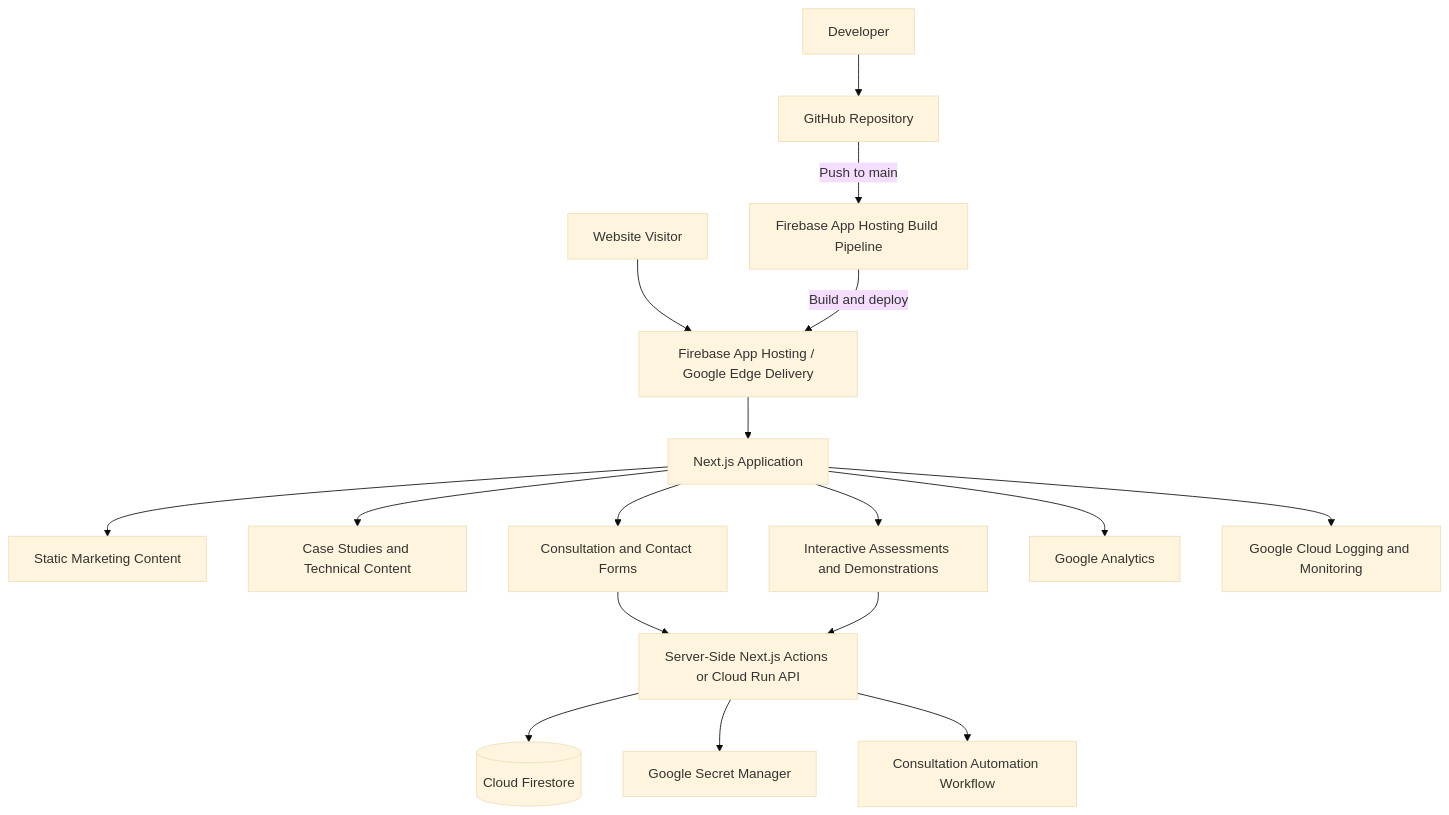
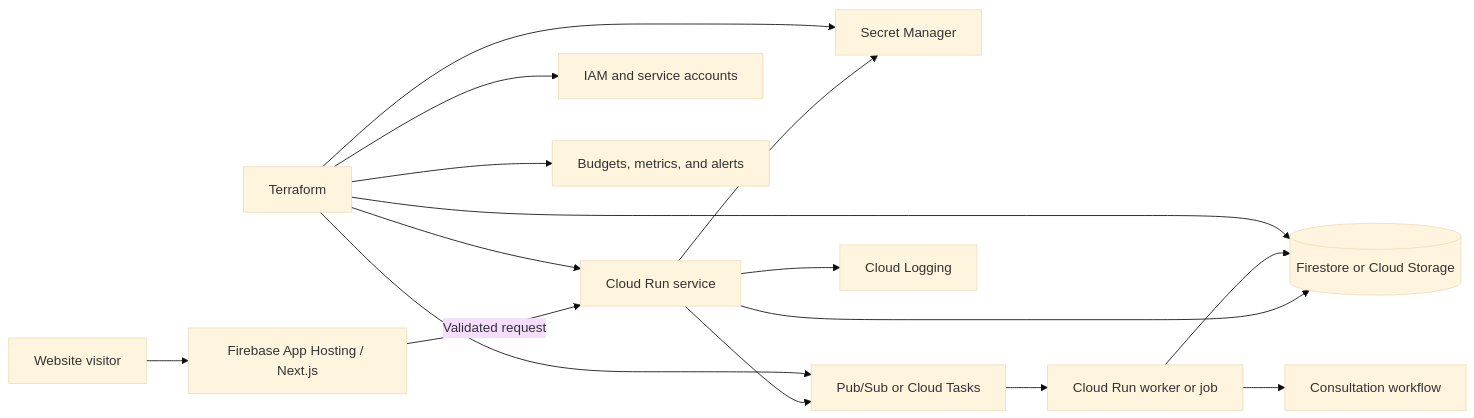
Before and after one commit to McQueen-Cloud-Advisory/mcqueen-cloud-website: the second of 2 diagrams in ARCHITECTURE.md, drawn with Mermaid (base theme). The commit also changed other lines of this file and 5 other files, not shown here.

First line of the commit message:
Refactor/outcome first case studies (#8)

````diff
--- a/ARCHITECTURE.md
+++ b/ARCHITECTURE.md
@@ -11,24 +300,21 @@
 ```mermaid
-flowchart TD
-    U[Website Visitor] --> CDN[Firebase App Hosting / Google Edge Delivery]
-    CDN --> APP[Next.js Application]
+flowchart LR
+    USER[Website visitor] --> APP[Firebase App Hosting / Next.js]
+    APP -->|Validated request| API[Cloud Run service]
 
-    DEV[Developer] --> GIT[GitHub Repository]
-    GIT -->|Push to main| BUILD[Firebase App Hosting Build Pipeline]
-    BUILD -->|Build and deploy| CDN
+    API --> SECRETS[Secret Manager]
+    API --> STORE[(Firestore or Cloud Storage)]
+    API --> QUEUE[Pub/Sub or Cloud Tasks]
+    API --> LOGS[Cloud Logging]
 
-    APP --> STATIC[Static Marketing Content]
-    APP --> CASES[Case Studies and Technical Content]
-    APP --> FORMS[Consultation and Contact Forms]
-    APP --> TOOLS[Interactive Assessments and Demonstrations]
+    QUEUE --> WORKER[Cloud Run worker or job]
+    WORKER --> STORE
+    WORKER --> WORKFLOW[Consultation workflow]
 
-    FORMS --> API[Server-Side Next.js Actions or Cloud Run API]
-    TOOLS --> API
-
-    API --> FIRESTORE[(Cloud Firestore)]
-    API --> SECRETS[Google Secret Manager]
-    API --> WORKFLOW[Consultation Automation Workflow]
-
-    APP --> ANALYTICS[Google Analytics]
-    APP --> LOGGING[Google Cloud Logging and Monitoring]
+    TERRAFORM[Terraform] --> API
+    TERRAFORM --> SECRETS
+    TERRAFORM --> STORE
+    TERRAFORM --> QUEUE
+    TERRAFORM --> IAM[IAM and service accounts]
+    TERRAFORM --> ALERTS[Budgets, metrics, and alerts]
 ```
````
